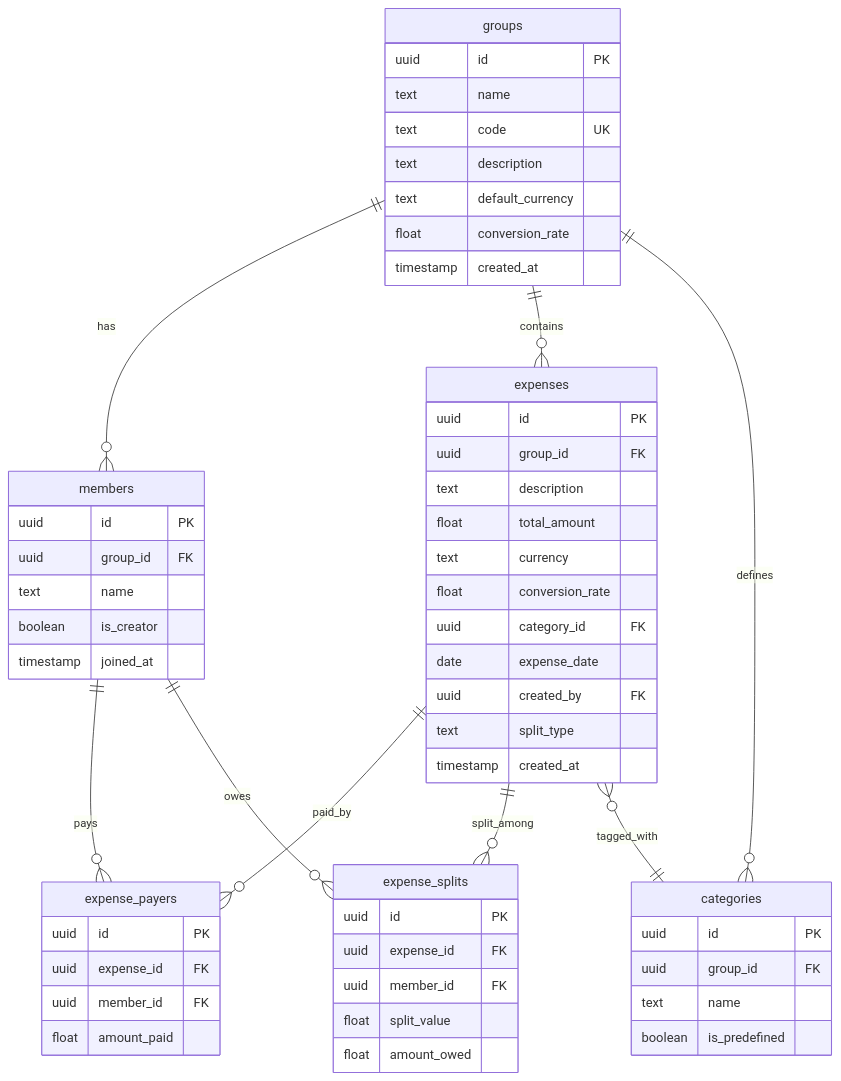
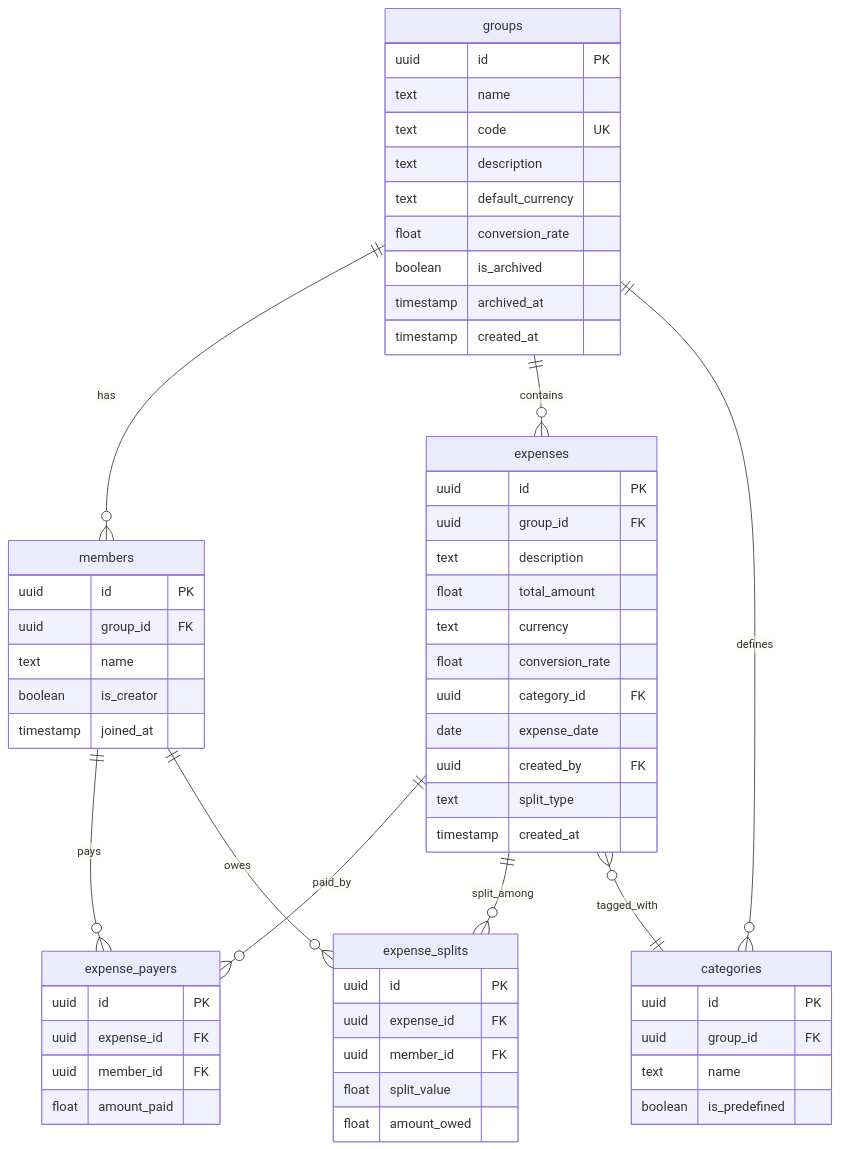
Before and after one commit to Ronodeep/expense-tracker: the second of 3 diagrams in implementation_plan.md, drawn with Mermaid. The commit also changed other lines of this file and 3 other files, not shown here.

````diff
--- a/implementation_plan.md
+++ b/implementation_plan.md
@@ -53,65 +53,67 @@
 ```mermaid
 erDiagram
     groups ||--o{ members : has
     groups ||--o{ expenses : contains
     groups ||--o{ categories : defines
     expenses ||--o{ expense_payers : "paid_by"
     expenses ||--o{ expense_splits : "split_among"
     expenses }o--|| categories : "tagged_with"
     members ||--o{ expense_payers : pays
     members ||--o{ expense_splits : owes
 
     groups {
         uuid id PK
         text name
         text code UK
         text description
         text default_currency
         float conversion_rate
+        boolean is_archived
+        timestamp archived_at
         timestamp created_at
     }
 
     members {
         uuid id PK
         uuid group_id FK
         text name
         boolean is_creator
         timestamp joined_at
     }
 
     categories {
         uuid id PK
         uuid group_id FK
         text name
         boolean is_predefined
     }
 
     expenses {
         uuid id PK
         uuid group_id FK
         text description
         float total_amount
         text currency
         float conversion_rate
         uuid category_id FK
         date expense_date
         uuid created_by FK
         text split_type
         timestamp created_at
     }
 
     expense_payers {
         uuid id PK
         uuid expense_id FK
         uuid member_id FK
         float amount_paid
     }
 
     expense_splits {
         uuid id PK
         uuid expense_id FK
         uuid member_id FK
         float split_value
         float amount_owed
     }
 ```
````
